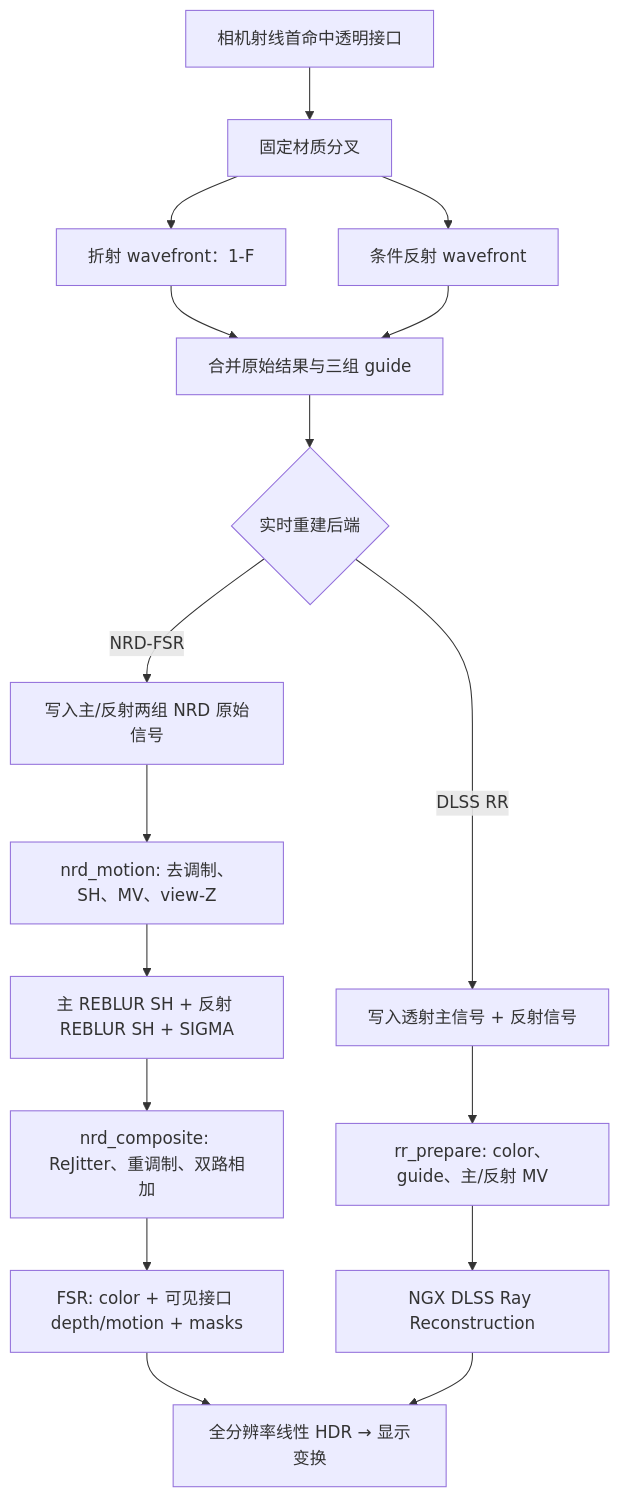
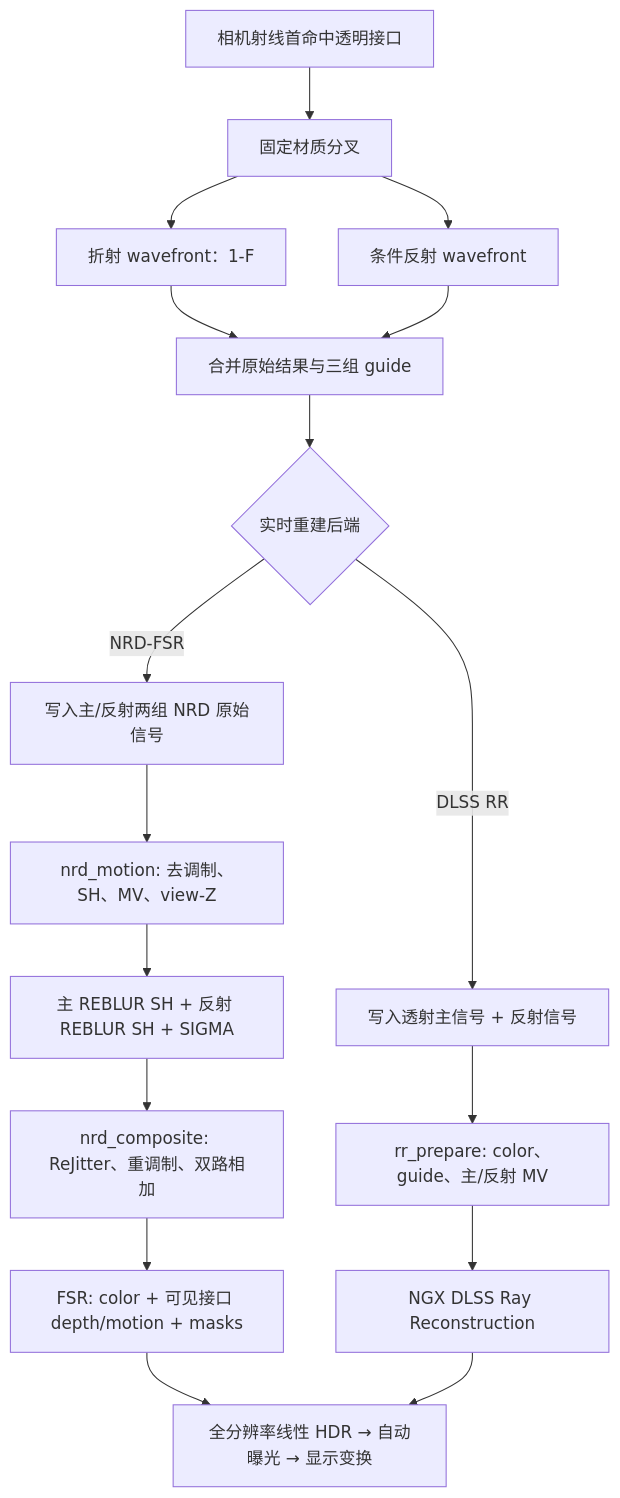
Before and after one commit to 187J3X1-114514/prime: the diagram in docs/透明渲染与实时重建.md, drawn with Mermaid. The commit also changed other lines of this file and 7 other files, not shown here.

````diff
--- a/docs/透明渲染与实时重建.md
+++ b/docs/透明渲染与实时重建.md
@@ -51,21 +51,21 @@
 ```mermaid
 flowchart TD
     A["相机射线首命中透明接口"] --> B["固定材质分叉"]
     B --> T["折射 wavefront：1-F"]
     B --> R["条件反射 wavefront"]
     T --> M["合并原始结果与三组 guide"]
     R --> M
     M --> S{"实时重建后端"}
 
     S -->|NRD-FSR| N0["写入主/反射两组 NRD 原始信号"]
     N0 --> N1["nrd_motion: 去调制、SH、MV、view-Z"]
     N1 --> N2["主 REBLUR SH + 反射 REBLUR SH + SIGMA"]
     N2 --> N3["nrd_composite: ReJitter、重调制、双路相加"]
     N3 --> F["FSR: color + 可见接口 depth/motion + masks"]
-    F --> D["全分辨率线性 HDR → 显示变换"]
+    F --> D["全分辨率线性 HDR → 自动曝光 → 显示变换"]
 
     S -->|DLSS RR| Q0["写入透射主信号 + 反射信号"]
     Q0 --> Q1["rr_prepare: color、guide、主/反射 MV"]
     Q1 --> Q2["NGX DLSS Ray Reconstruction"]
     Q2 --> D
 ```
````
